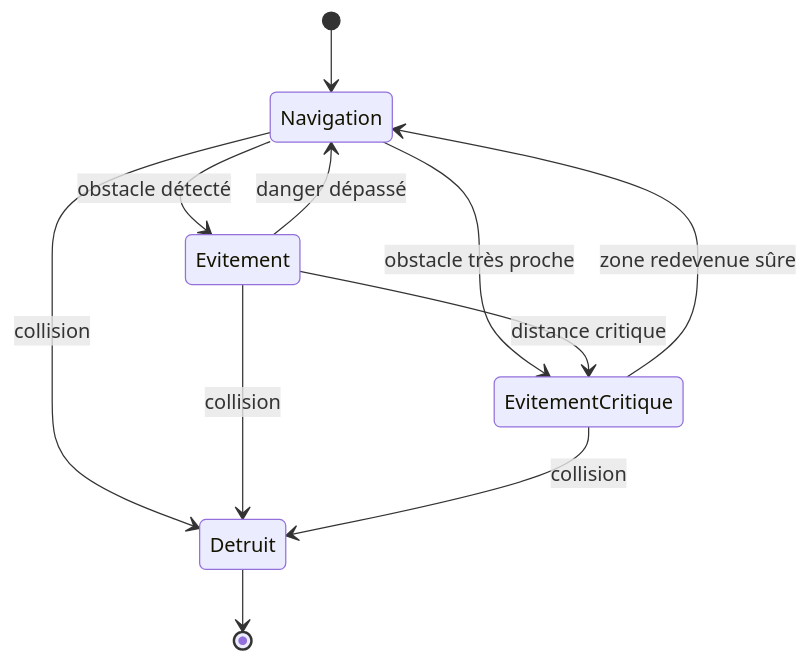
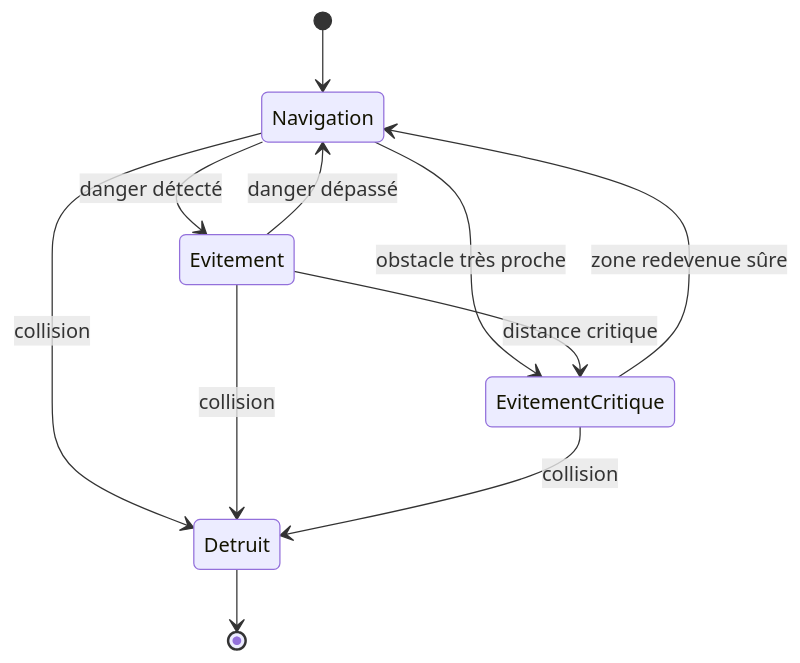
One commit to Hoarau-arnaud/Godot_M2_ILIADE changed the first of 5 diagrams in RAPPORT.md. Above: the diagram before and after it, drawn with Mermaid. The commit also changed other lines of this file, not shown here.

````diff
--- a/RAPPORT.md
+++ b/RAPPORT.md
@@ -92,17 +92,17 @@
 ```mermaid
 stateDiagram-v2
     [*] --> Navigation
 
-    Navigation --> Evitement : obstacle détecté
+    Navigation --> Evitement : danger détecté
     Evitement --> Navigation : danger dépassé
 
     Navigation --> EvitementCritique : obstacle très proche
     Evitement --> EvitementCritique : distance critique
     EvitementCritique --> Navigation : zone redevenue sûre
 
     Navigation --> Detruit : collision
     Evitement --> Detruit : collision
     EvitementCritique --> Detruit : collision
 
     Detruit --> [*]
 ```
````
